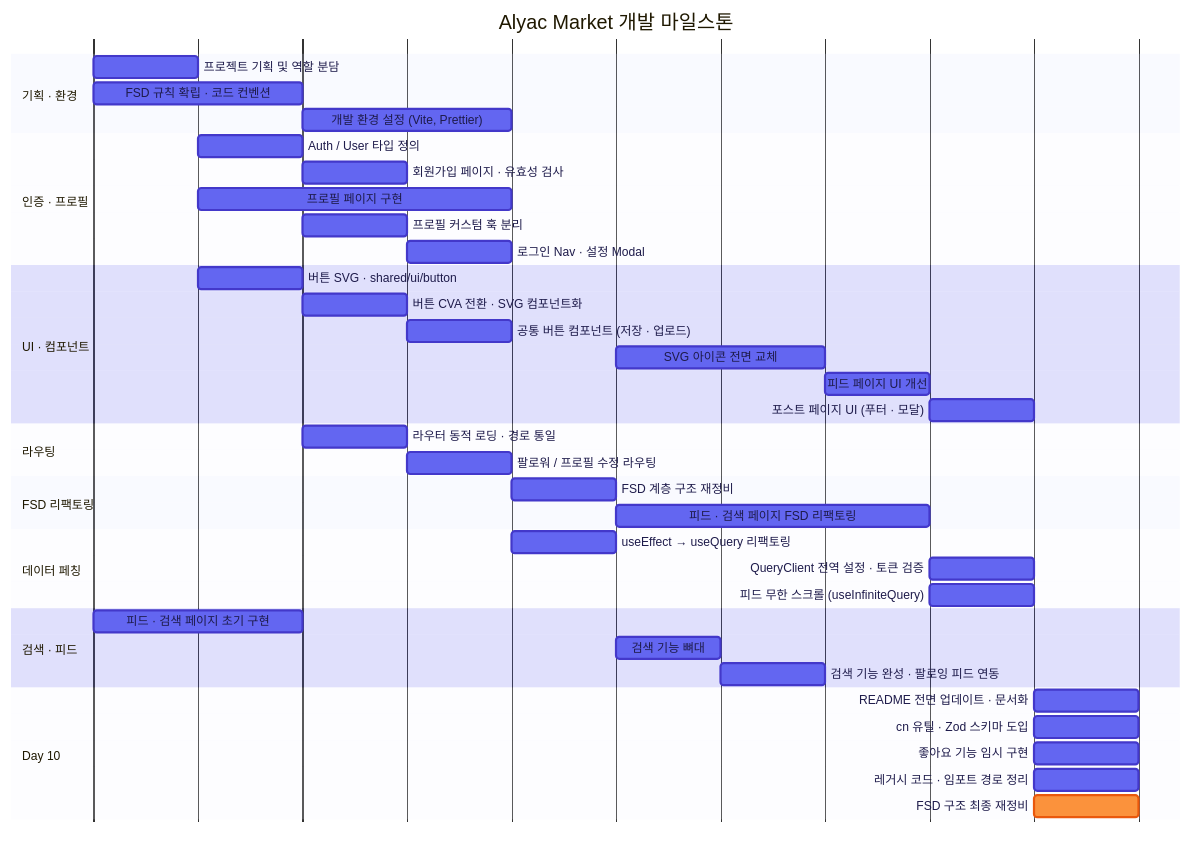
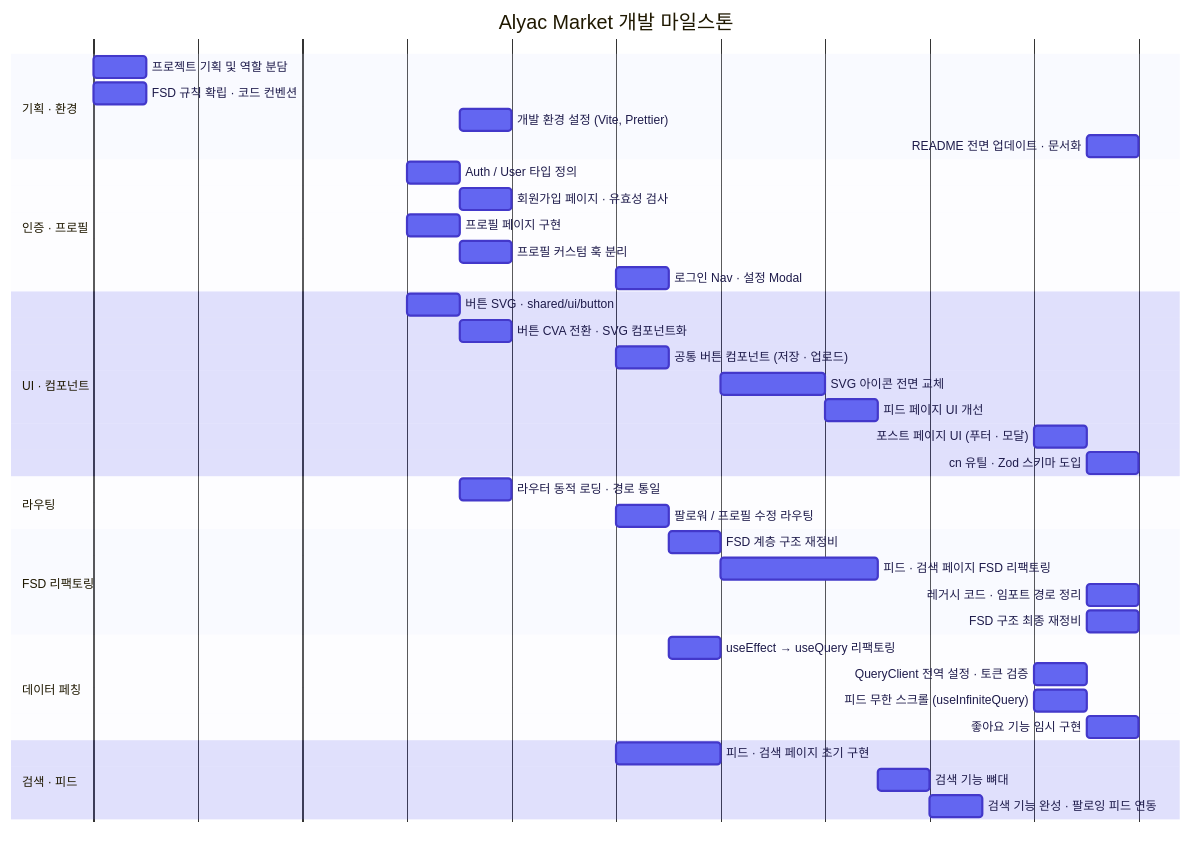
One commit to 3rd-project-team-1/ALYAC-market-team1 changed the first of 2 diagrams in README.md. Above: the diagram before and after it, drawn with Mermaid. The commit also changed other lines of this file, not shown here.

Commit message:
docs:readme - 차트에 10일차내용 분류 - 1~9일차 날짜 수정

````diff
--- a/README.md
+++ b/README.md
@@ -20,70 +20,68 @@
 ```mermaid
 %%{init: { 'theme': 'base', 'themeVariables': {
   'primaryColor': '#6366f1',
   'primaryTextColor': '#ffffff',
   'primaryBorderColor': '#4338ca',
   'secondaryColor': '#c7d2fe',
   'tertiaryColor': '#e0e7ff',
   'sectionBkgColor': '#e0e7ff',
   'altSectionBkgColor': '#f5f3ff',
   'doneTaskBkgColor': '#6366f1',
   'doneTaskBorderColor': '#4338ca',
   'activeTaskBkgColor': '#fb923c',
   'activeTaskBorderColor': '#ea580c',
   'gridColor': '#c7d2fe',
   'taskTextColor': '#ffffff',
   'taskTextDarkColor': '#1e1b4b',
   'taskTextOutsideColor': '#1e1b4b',
   'labelColor': '#312e81',
   'todayLineColor': '#ec4899'
 } } }%%
 gantt
     title Alyac Market 개발 마일스톤
     dateFormat  YYYY-MM-DD
     axisFormat  %m/%d
 
     section 기획 · 환경
-    프로젝트 기획 및 역할 분담          :done, d1,   2026-02-23, 1d
-    FSD 규칙 확립 · 코드 컨벤션         :done, d1b,  2026-02-23, 2d
-    개발 환경 설정 (Vite, Prettier)     :done, d3,   2026-02-25, 2d
+    프로젝트 기획 및 역할 분담          :done, d1,   2026-02-13, 1d
+    FSD 규칙 확립 · 코드 컨벤션         :done, d1b,  2026-02-13, 1d
+    개발 환경 설정 (Vite, Prettier)     :done, d3,   2026-02-20, 1d
+    README 전면 업데이트 · 문서화        :done, d10a, 2026-03-04, 1d
 
     section 인증 · 프로필
-    Auth / User 타입 정의               :done, d2a,  2026-02-24, 1d
-    회원가입 페이지 · 유효성 검사        :done, d3a,  2026-02-25, 1d
-    프로필 페이지 구현                   :done, d2b,  2026-02-24, 3d
-    프로필 커스텀 훅 분리                :done, d3b,  2026-02-25, 1d
-    로그인 Nav · 설정 Modal             :done, d4a,  2026-02-26, 1d
+    Auth / User 타입 정의               :done, d2a,  2026-02-19, 1d
+    회원가입 페이지 · 유효성 검사        :done, d3a,  2026-02-20, 1d
+    프로필 페이지 구현                   :done, d2b,  2026-02-19, 1d
+    프로필 커스텀 훅 분리                :done, d3b,  2026-02-20, 1d
+    로그인 Nav · 설정 Modal             :done, d4a,  2026-02-23, 1d
 
     section UI · 컴포넌트
-    버튼 SVG · shared/ui/button         :done, d2c,  2026-02-24, 1d
-    버튼 CVA 전환 · SVG 컴포넌트화      :done, d3c,  2026-02-25, 1d
-    공통 버튼 컴포넌트 (저장 · 업로드)  :done, d4b,  2026-02-26, 1d
-    SVG 아이콘 전면 교체                 :done, d6a,  2026-02-28, 2d
-    피드 페이지 UI 개선                  :done, d8a,  2026-03-02, 1d
+    버튼 SVG · shared/ui/button         :done, d2c,  2026-02-19, 1d
+    버튼 CVA 전환 · SVG 컴포넌트화      :done, d3c,  2026-02-20, 1d
+    공통 버튼 컴포넌트 (저장 · 업로드)  :done, d4b,  2026-02-23, 1d
+    SVG 아이콘 전면 교체                 :done, d6a,  2026-02-25, 2d
+    피드 페이지 UI 개선                  :done, d8a,  2026-02-27, 1d
     포스트 페이지 UI (푸터 · 모달)       :done, d9a,  2026-03-03, 1d
+    cn 유틸 · Zod 스키마 도입            :done, d10b, 2026-03-04, 1d
 
     section 라우팅
-    라우터 동적 로딩 · 경로 통일         :done, d3d,  2026-02-25, 1d
-    팔로워 / 프로필 수정 라우팅          :done, d4c,  2026-02-26, 1d
+    라우터 동적 로딩 · 경로 통일         :done, d3d,  2026-02-20, 1d
+    팔로워 / 프로필 수정 라우팅          :done, d4c,  2026-02-23, 1d
 
     section FSD 리팩토링
-    FSD 계층 구조 재정비                 :done, d5a,  2026-02-27, 1d
-    피드 · 검색 페이지 FSD 리팩토링     :done, d6b,  2026-02-28, 3d
+    FSD 계층 구조 재정비                 :done, d5a,  2026-02-24, 1d
+    피드 · 검색 페이지 FSD 리팩토링     :done, d6b,  2026-02-25, 3d
+    레거시 코드 · 임포트 경로 정리       :done, d10d, 2026-03-04, 1d
+    FSD 구조 최종 재정비                 :done, d10e, 2026-03-04, 1d
 
     section 데이터 페칭
-    useEffect → useQuery 리팩토링       :done, d5b,  2026-02-27, 1d
+    useEffect → useQuery 리팩토링       :done, d5b,  2026-02-24, 1d
     QueryClient 전역 설정 · 토큰 검증   :done, d9b,  2026-03-03, 1d
     피드 무한 스크롤 (useInfiniteQuery) :done, d9c,  2026-03-03, 1d
+    좋아요 기능 임시 구현                :done, d10c, 2026-03-04, 1d
 
     section 검색 · 피드
     피드 · 검색 페이지 초기 구현         :done, d1c,  2026-02-23, 2d
     검색 기능 뼈대                        :done, d6c,  2026-02-28, 1d
     검색 기능 완성 · 팔로잉 피드 연동    :done, d7a,  2026-03-01, 1d
-
-    section Day 10
-    README 전면 업데이트 · 문서화        :done,   d10a, 2026-03-04, 1d
-    cn 유틸 · Zod 스키마 도입            :done,   d10b, 2026-03-04, 1d
-    좋아요 기능 임시 구현                :done,   d10c, 2026-03-04, 1d
-    레거시 코드 · 임포트 경로 정리       :done,   d10d, 2026-03-04, 1d
-    FSD 구조 최종 재정비                 :active, d10e, 2026-03-04, 1d
 ```
````
